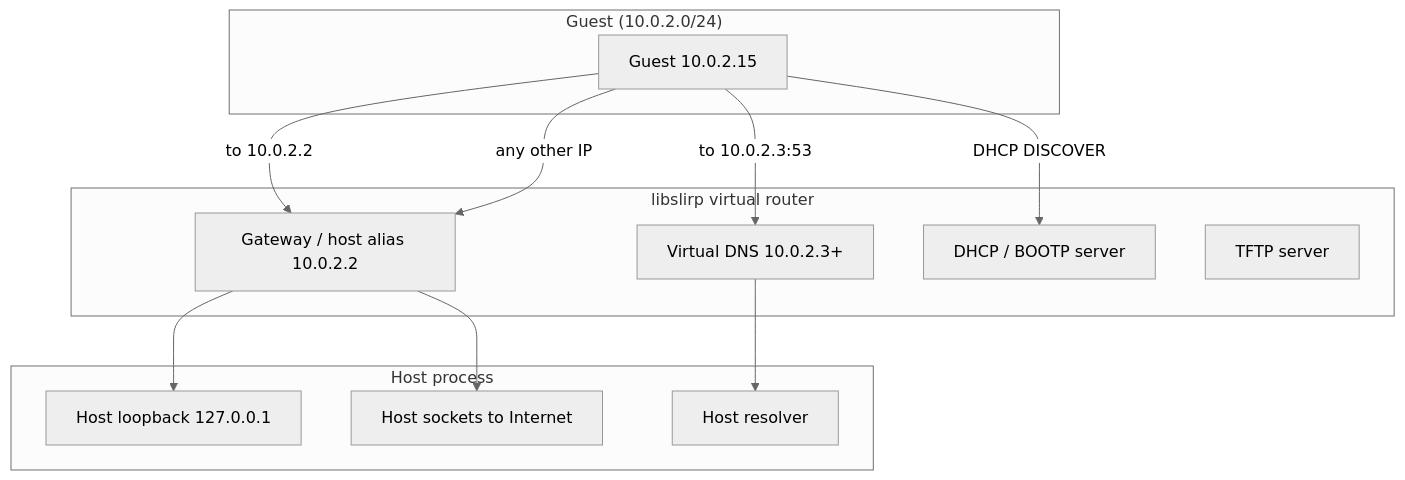
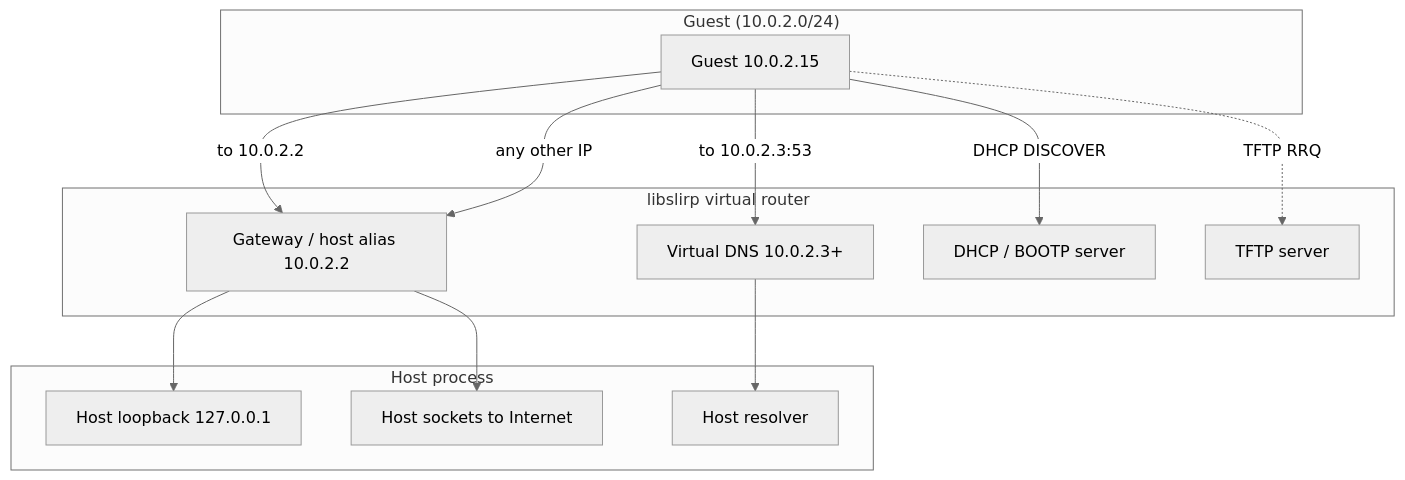
One commit to aospbooks/android-emulator-internal-book changed the second of 6 diagrams in 18-networking.md. Above: the diagram before and after it, drawn with Mermaid (neutral theme). The commit also changed other lines of this file and 31 other files, not shown here.

````diff
--- a/18-networking.md
+++ b/18-networking.md
@@ -128,21 +130,22 @@
 ```mermaid
 flowchart TB
     subgraph GUEST["Guest (10.0.2.0/24)"]
         G["Guest 10.0.2.15"]
     end
     subgraph SLIRP["libslirp virtual router"]
         GW["Gateway / host alias 10.0.2.2"]
         DNS["Virtual DNS 10.0.2.3+"]
         DHCP["DHCP / BOOTP server"]
         TFTP["TFTP server"]
     end
     subgraph HOST["Host process"]
         LB["Host loopback 127.0.0.1"]
         EXT["Host sockets to Internet"]
         RESOLV["Host resolver"]
     end
     G -->|"to 10.0.2.2"| GW --> LB
     G -->|"to 10.0.2.3:53"| DNS --> RESOLV
     G -->|"DHCP DISCOVER"| DHCP
+    G -.->|"TFTP RRQ"| TFTP
     G -->|"any other IP"| GW --> EXT
 ```
````
